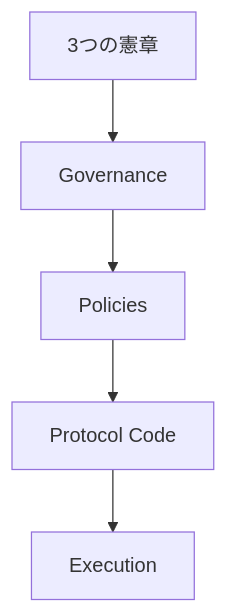
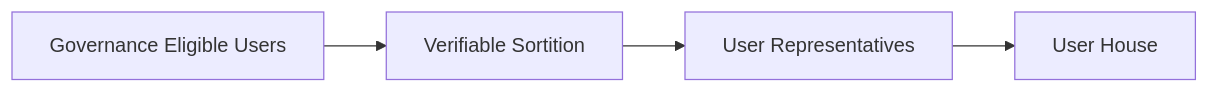
One commit to ShigeichiroYamasaki/creator-first-platform changed the fourth of 23 diagrams in docs/whitepaper/07-governance.md. Above: the diagram before and after it, drawn with Mermaid. The commit also changed other lines of this file and 1 other file, not shown here.

````diff
--- a/docs/whitepaper/07-governance.md
+++ b/docs/whitepaper/07-governance.md
@@ -89,8 +192,9 @@
 ```mermaid
-flowchart TD
-    CONST[3つの憲章]
-    CONST --> GOV[Governance]
-    GOV --> POLICY[Policies]
-    POLICY --> CODE[Protocol Code]
-    CODE --> EXEC[Execution]
+flowchart LR
+    USERS[Governance Eligible Users]
+    RANDOM[Verifiable Sortition]
+    REPS[User Representatives]
+    UH[User House]
+
+    USERS --> RANDOM --> REPS --> UH
 ```
````
